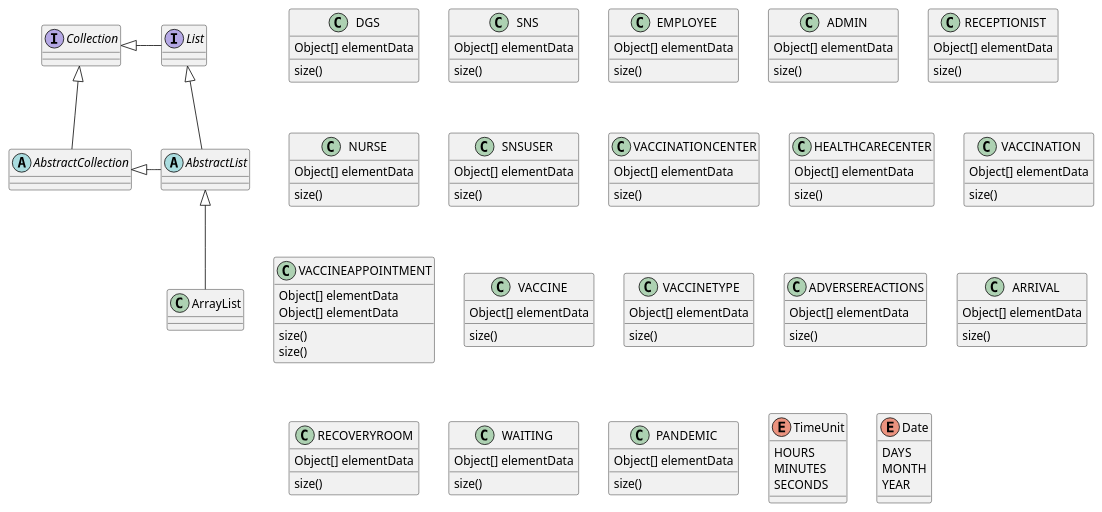
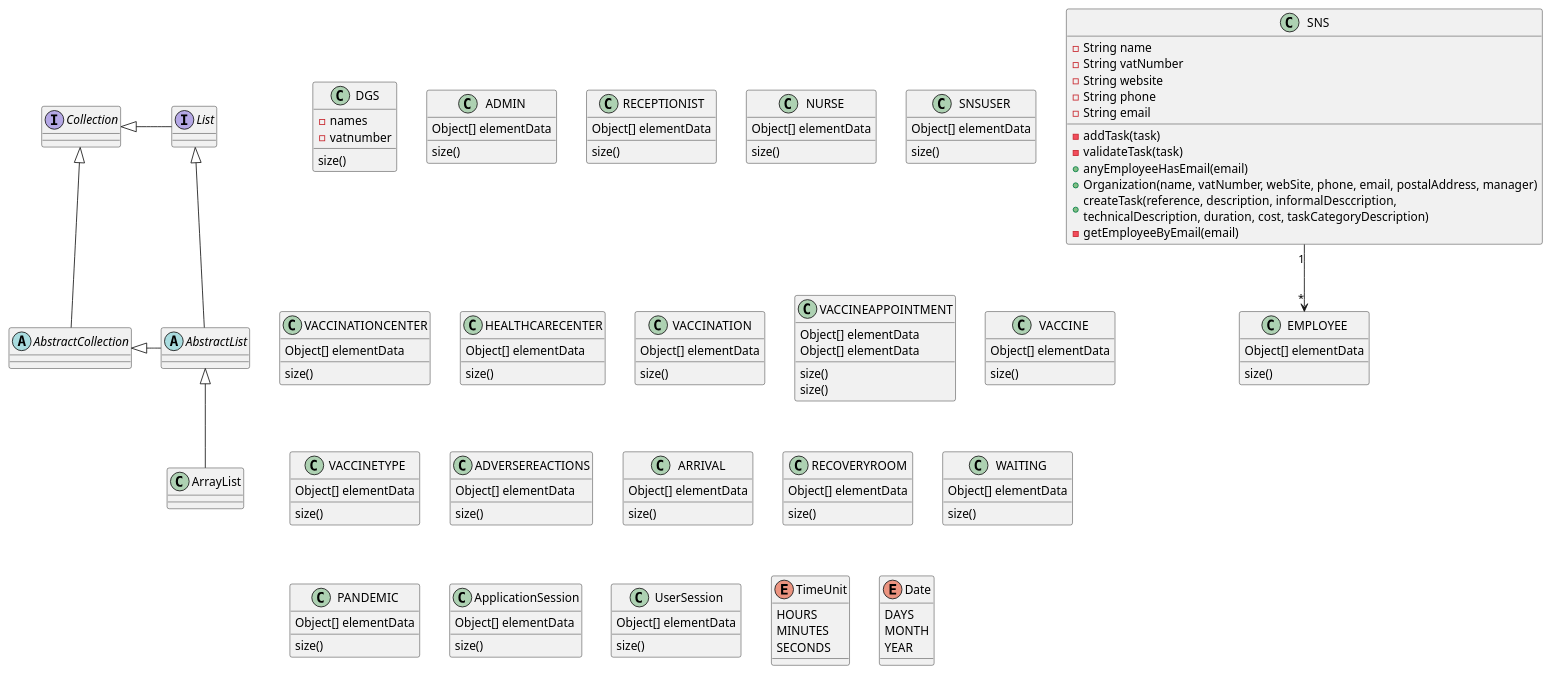
One commit to veracunha12/BaseDadosDomain changed the diagram in src/main/puml/DomainBase/dados.puml. Above: the diagram before and after it, drawn with PlantUML.

```diff
--- a/src/main/puml/DomainBase/dados.puml
+++ b/src/main/puml/DomainBase/dados.puml
@@ -1,105 +1,132 @@
 @startuml
 'https://plantuml.com/class-diagram
 
 abstract class AbstractList
 abstract AbstractCollection
 interface List
 interface Collection
 
 List <|-- AbstractList
 Collection <|-- AbstractCollection
 
 Collection <|- List
 AbstractCollection <|- AbstractList
 AbstractList <|-- ArrayList
 
+SNS "1" --> "*" EMPLOYEE
+
+
+
+
+
+
 class DGS {
-Object[] elementData
-size()
+    - names
+    -vatnumber
+     size()
 }
 
 class SNS {
-Object[] elementData
-size()
+  - String name
+    - String vatNumber
+    - String website
+    - String phone
+    - String email
+
+    - addTask(task)
+    - validateTask(task)
+    + anyEmployeeHasEmail(email)
+    + Organization(name, vatNumber, webSite, phone, email, postalAddress, manager)
+    + createTask(reference, description, informalDesccription,\ntechnicalDescription, duration, cost, taskCategoryDescription)
+    - getEmployeeByEmail(email)
+
 }
 class EMPLOYEE {
 Object[] elementData
 size()
 }
 class ADMIN {
 Object[] elementData
 size()
 }
 class RECEPTIONIST {
 Object[] elementData
 size()
 }
 class NURSE {
 Object[] elementData
 size()
 }
 class SNSUSER {
 Object[] elementData
 size()
 }
 class VACCINATIONCENTER {
 Object[] elementData
 size()
 }
 class HEALTHCARECENTER {
 Object[] elementData
 size()
 }
 class VACCINATION {
 Object[] elementData
 size()
 }
 class VACCINEAPPOINTMENT {
 Object[] elementData
 size()
 }
 class VACCINE {
 Object[] elementData
 size()
 }
 class VACCINETYPE{
 Object[] elementData
 size()
 }
 class VACCINEAPPOINTMENT {
 Object[] elementData
 size()
 }
 class ADVERSEREACTIONS {
 Object[] elementData
 size()
 }
 class ARRIVAL{
 Object[] elementData
 size()
 }
 class RECOVERYROOM{
 Object[] elementData
 size()
 }
 class WAITING {
 Object[] elementData
 size()
 }
 class PANDEMIC {
 Object[] elementData
 size()
 }
+class ApplicationSession{
+Object[] elementData
+size()
+}
+class UserSession {
+Object[] elementData
+size()
+}
 enum TimeUnit {
 HOURS
 MINUTES
 SECONDS
 }
 
 enum Date {
 DAYS
 MONTH
 YEAR
 }
 
 @enduml
```
